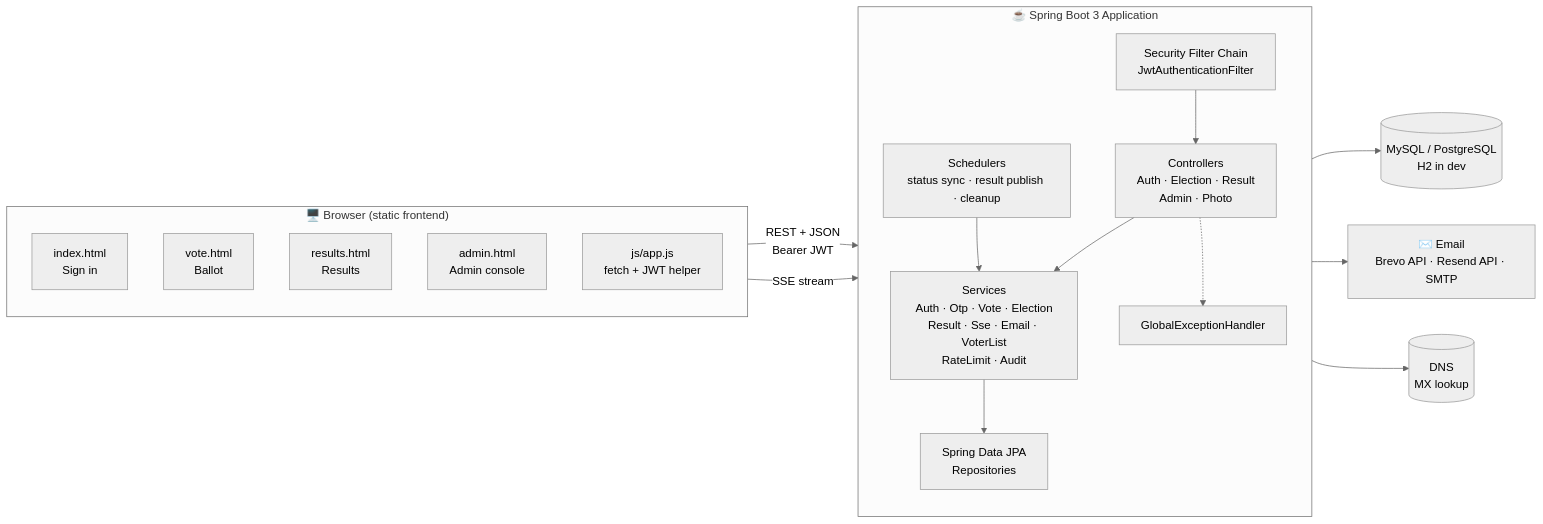
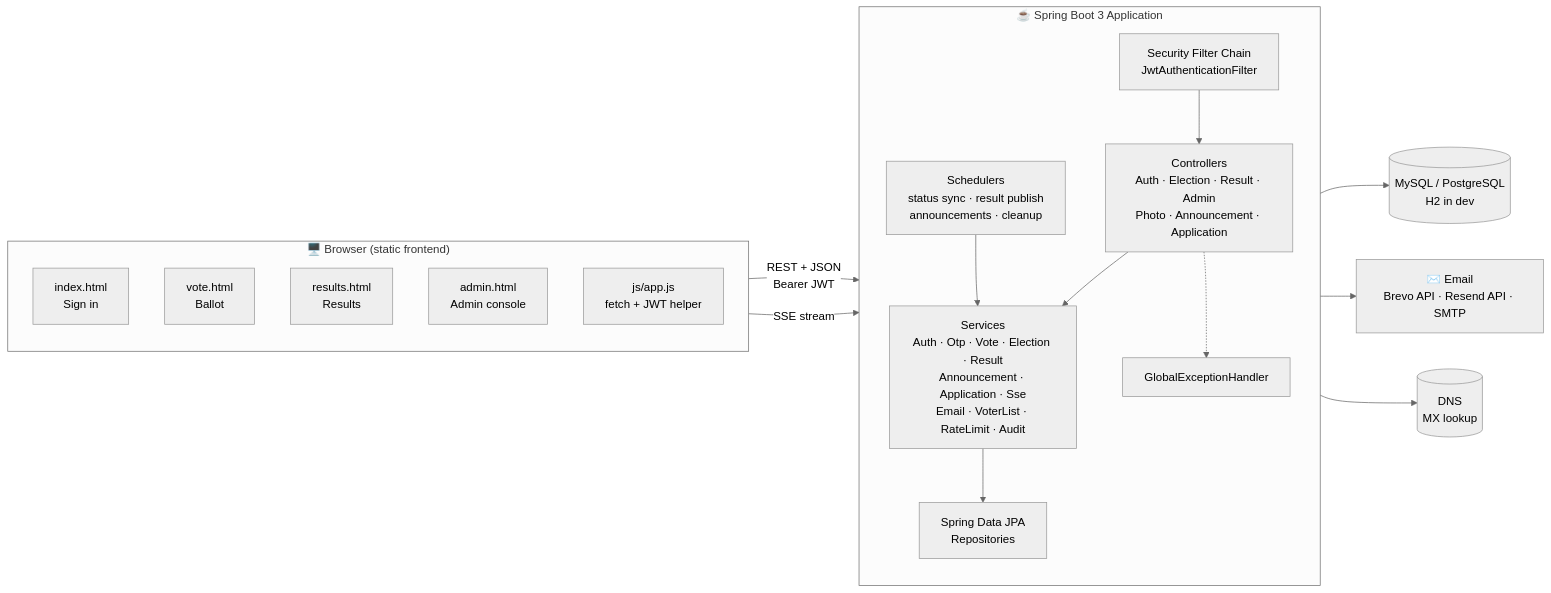
Before and after one commit to itz-Arun-001/online_voting_system: the fifth of 6 diagrams in README.md, drawn with Mermaid (neutral theme). The commit also changed other lines of this file and 1 other file, not shown here.

Commit message:
Update README: co-admins, applications, announcements, receipts

````diff
--- a/README.md
+++ b/README.md
@@ -173,33 +181,33 @@
 ```mermaid
 flowchart LR
     subgraph Client["🖥️ Browser (static frontend)"]
         P1[index.html<br/>Sign in]
         P2[vote.html<br/>Ballot]
         P3[results.html<br/>Results]
         P4[admin.html<br/>Admin console]
         JS[js/app.js<br/>fetch + JWT helper]
     end
 
     subgraph Server["☕ Spring Boot 3 Application"]
         direction TB
         SEC[Security Filter Chain<br/>JwtAuthenticationFilter]
-        CTRL[Controllers<br/>Auth · Election · Result<br/>Admin · Photo]
-        SVC[Services<br/>Auth · Otp · Vote · Election<br/>Result · Sse · Email · VoterList<br/>RateLimit · Audit]
+        CTRL[Controllers<br/>Auth · Election · Result · Admin<br/>Photo · Announcement · Application]
+        SVC[Services<br/>Auth · Otp · Vote · Election · Result<br/>Announcement · Application · Sse<br/>Email · VoterList · RateLimit · Audit]
         REPO[Spring Data JPA<br/>Repositories]
-        SCH[Schedulers<br/>status sync · result publish · cleanup]
+        SCH[Schedulers<br/>status sync · result publish<br/>announcements · cleanup]
         EXH[GlobalExceptionHandler]
         SEC --> CTRL --> SVC --> REPO
         SCH --> SVC
         CTRL -.-> EXH
     end
 
     DB[(MySQL / PostgreSQL<br/>H2 in dev)]
     MAIL[✉️ Email<br/>Brevo API · Resend API · SMTP]
     DNS[(DNS<br/>MX lookup)]
 
     Client -- "REST + JSON<br/>Bearer JWT" --> SEC
     Client -- "SSE stream" --> CTRL
     REPO --> DB
     SVC --> MAIL
     SVC --> DNS
 ```
````
